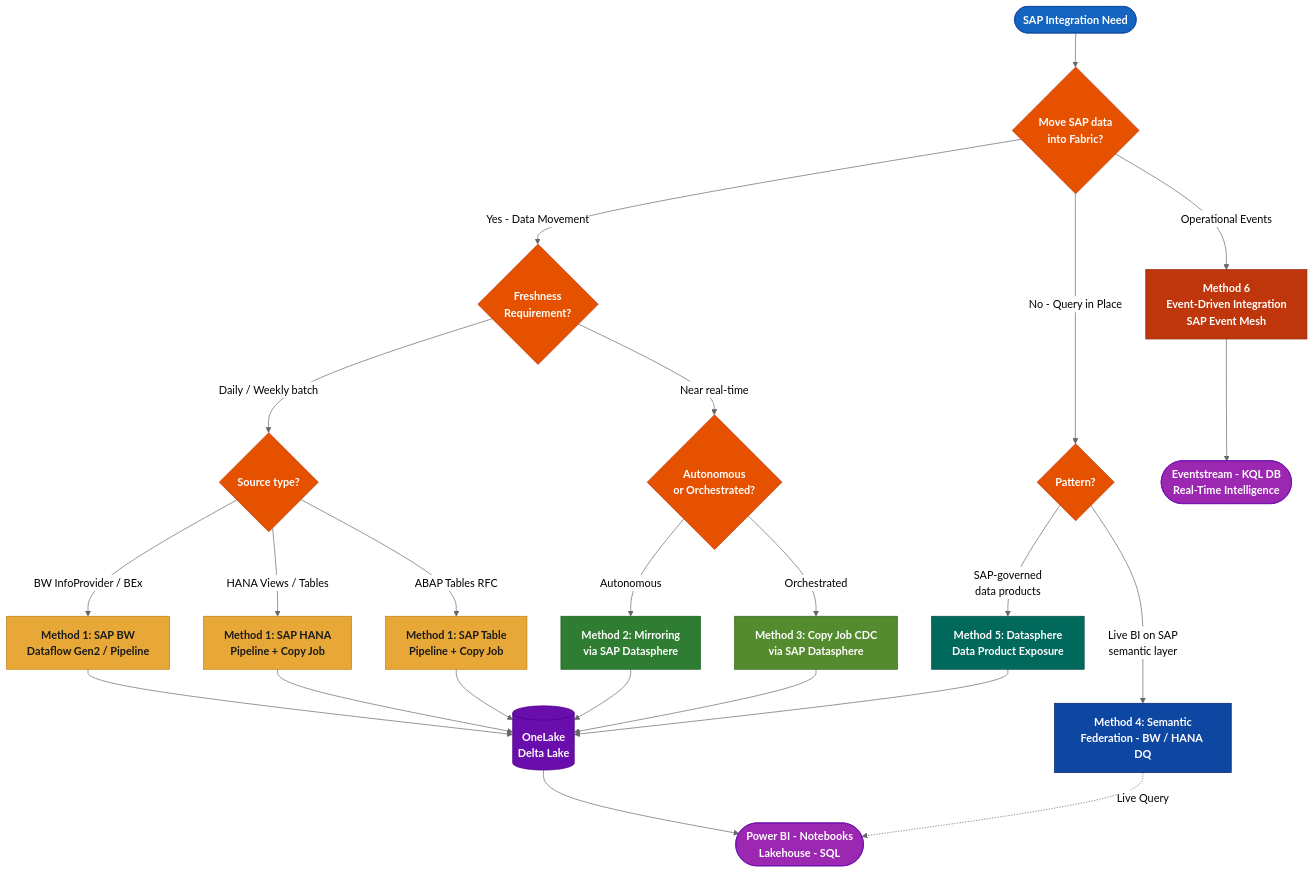
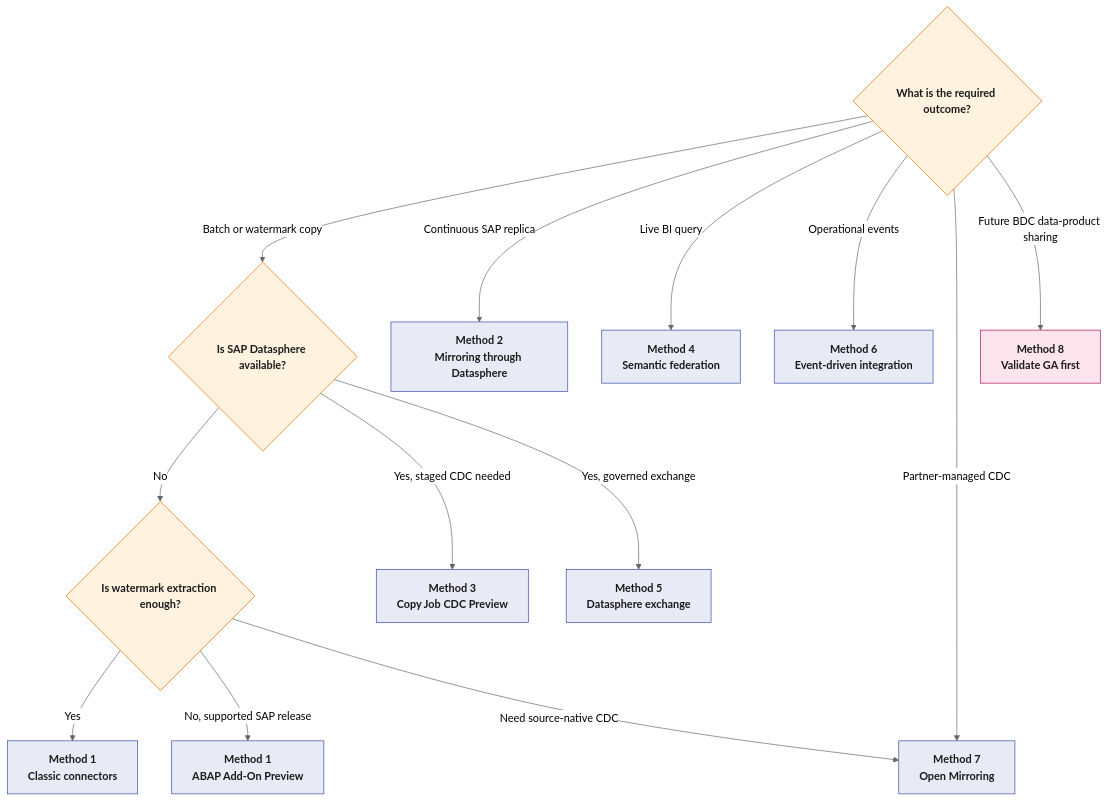
Before and after one commit to fredgis/fabric-foundry-kb: the tenth of 10 diagrams in markdown/SAP_Fabric_Connectivity.md, drawn with Mermaid (neutral theme). The commit also changed other lines of this file and 6 other files, not shown here.

Commit message:
Audit and refresh SAP Fabric connectivity guide

````diff
--- a/markdown/SAP_Fabric_Connectivity.md
+++ b/markdown/SAP_Fabric_Connectivity.md
@@ -850,51 +896,27 @@
 ```mermaid
 flowchart TD
-    A([SAP Integration Need]) --> B{Move SAP data<br/>into Fabric?}
+    START{"What is the required outcome?"}
 
-    B -->|Yes - Data Movement| C{Freshness<br/>Requirement?}
-    B -->|No - Query in Place| D{Pattern?}
-    B -->|Operational Events| M6[Method 6<br/>Event-Driven Integration<br/>SAP Event Mesh]
+    START -->|"Batch or watermark copy"| HASDS{"Is SAP Datasphere available?"}
+    START -->|"Continuous SAP replica"| MIRROR["Method 2<br/>Mirroring through Datasphere"]
+    START -->|"Live BI query"| FED["Method 4<br/>Semantic federation"]
+    START -->|"Operational events"| EVENTS["Method 6<br/>Event-driven integration"]
+    START -->|"Partner-managed CDC"| OPEN["Method 7<br/>Open Mirroring"]
+    START -->|"Future BDC data-product sharing"| BDC["Method 8<br/>Validate GA first"]
 
-    C -->|Daily / Weekly batch| E{Source type?}
-    C -->|Near real-time| F{Autonomous<br/>or Orchestrated?}
+    HASDS -->|"No"| CLASSIC{"Is watermark extraction enough?"}
+    HASDS -->|"Yes, staged CDC needed"| COPYCDC["Method 3<br/>Copy Job CDC Preview"]
+    HASDS -->|"Yes, governed exchange"| DSP["Method 5<br/>Datasphere exchange"]
 
-    E -->|BW InfoProvider / BEx| G[Method 1: SAP BW<br/>Dataflow Gen2 / Pipeline]
-    E -->|HANA Views / Tables| H[Method 1: SAP HANA<br/>Pipeline + Copy Job]
-    E -->|ABAP Tables RFC| I[Method 1: SAP Table<br/>Pipeline + Copy Job]
+    CLASSIC -->|"Yes"| DF["Method 1<br/>Classic connectors"]
+    CLASSIC -->|"No, supported SAP release"| ABAP["Method 1<br/>ABAP Add-On Preview"]
+    CLASSIC -->|"Need source-native CDC"| OPEN
 
-    F -->|Autonomous| J[Method 2: Mirroring<br/>via SAP Datasphere]
-    F -->|Orchestrated| K[Method 3: Copy Job CDC<br/>via SAP Datasphere]
+    classDef decision fill:#FFF3E0,stroke:#EF6C00,color:#1a1a1a,font-weight:bold
+    classDef method fill:#E8EAF6,stroke:#3949AB,color:#1a1a1a,font-weight:bold
+    classDef planned fill:#FCE4EC,stroke:#AD1457,color:#1a1a1a,font-weight:bold
 
-    D -->|Live BI on SAP<br/>semantic layer| L[Method 4: Semantic<br/>Federation - BW / HANA DQ]
-    D -->|SAP-governed<br/>data products| M5[Method 5: Datasphere<br/>Data Product Exposure]
-
-    G & H & I --> N[(OneLake<br/>Delta Lake)]
-    J --> N
-    K --> N
-    M5 --> N
-    N --> O([Power BI - Notebooks<br/>Lakehouse - SQL])
-    L -.->|Live Query| O
-    M6 --> P([Eventstream - KQL DB<br/>Real-Time Intelligence])
-
-    classDef start fill:#1565C0,stroke:#0D47A1,color:#ffffff,font-weight:bold
-    classDef decision fill:#E65100,stroke:#BF360C,color:#ffffff,font-weight:bold
-    classDef batchNode fill:#E8A838,stroke:#C07C10,color:#1a1a1a,font-weight:bold
-    classDef mirrorNode fill:#2E7D32,stroke:#1B5E20,color:#ffffff,font-weight:bold
-    classDef cdcNode fill:#558B2F,stroke:#33691E,color:#ffffff,font-weight:bold
-    classDef fedNode fill:#0D47A1,stroke:#002171,color:#ffffff,font-weight:bold
-    classDef dpNode fill:#00695C,stroke:#004D40,color:#ffffff,font-weight:bold
-    classDef evtNode fill:#BF360C,stroke:#8C2300,color:#ffffff,font-weight:bold
-    classDef lakeNode fill:#6A0DAD,stroke:#4A0080,color:#ffffff,font-weight:bold
-    classDef endNode fill:#9C27B0,stroke:#6A0DAD,color:#ffffff,font-weight:bold
-
-    class A start
-    class B,C,D,E,F decision
-    class G,H,I batchNode
-    class J mirrorNode
-    class K cdcNode
-    class L fedNode
-    class M5 dpNode
-    class M6 evtNode
-    class N lakeNode
-    class O,P endNode
+    class START,HASDS,CLASSIC decision
+    class MIRROR,FED,EVENTS,OPEN,COPYCDC,DSP,DF,ABAP method
+    class BDC planned
 ```
````
